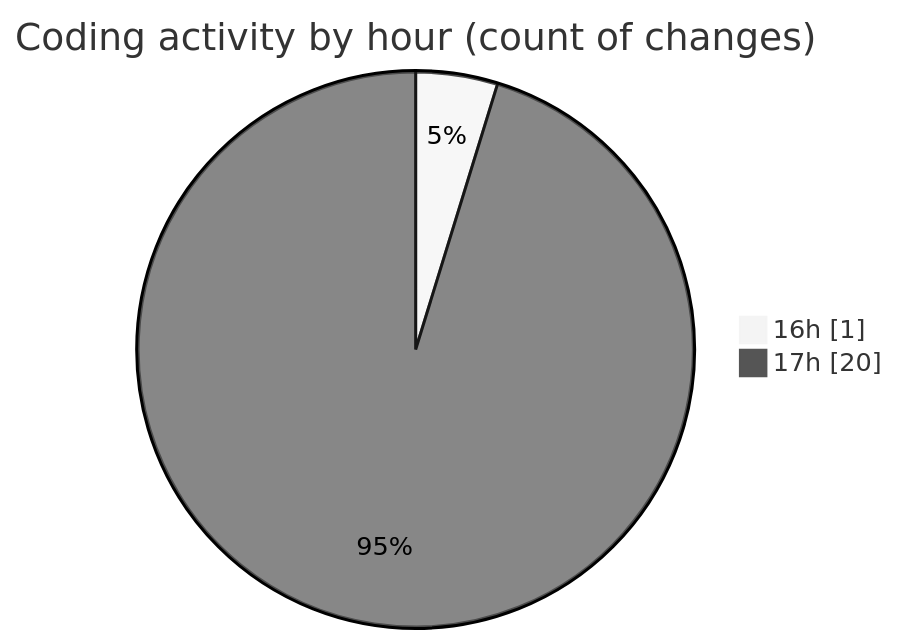
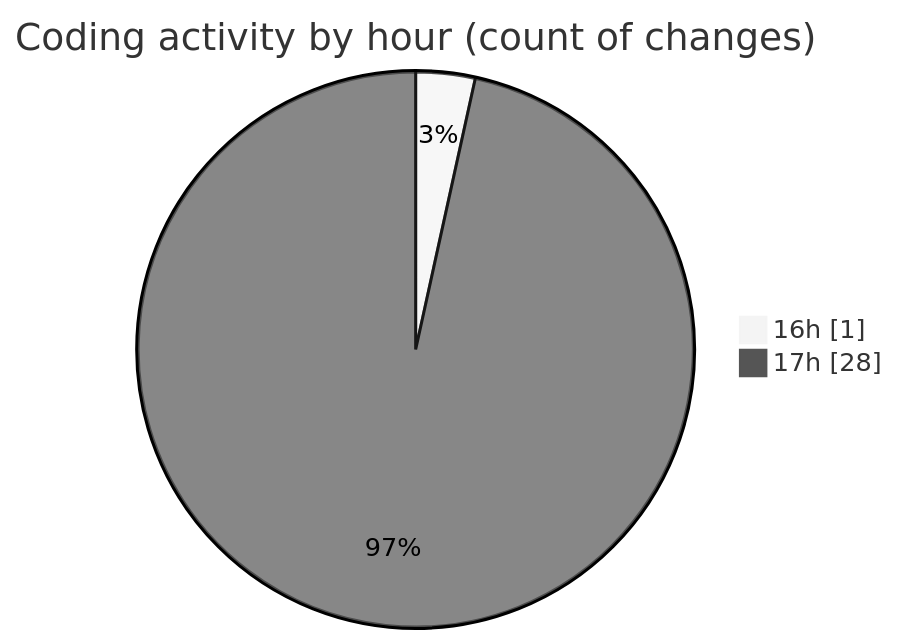
Before and after one commit to idhammustaqopulfikri/code-tracking: the second of 2 diagrams in 2025-05-27/studio-backend/README.md, drawn with Mermaid (neutral theme). The commit also changed other lines of this file and 1 other file, not shown here.

````diff
--- a/2025-05-27/studio-backend/README.md
+++ b/2025-05-27/studio-backend/README.md
@@ -40,6 +46,6 @@
 ```mermaid
 pie showData
 title Coding activity by hour (count of changes)
 "16h" : 1
-"17h" : 20
+"17h" : 28
 ```
````
